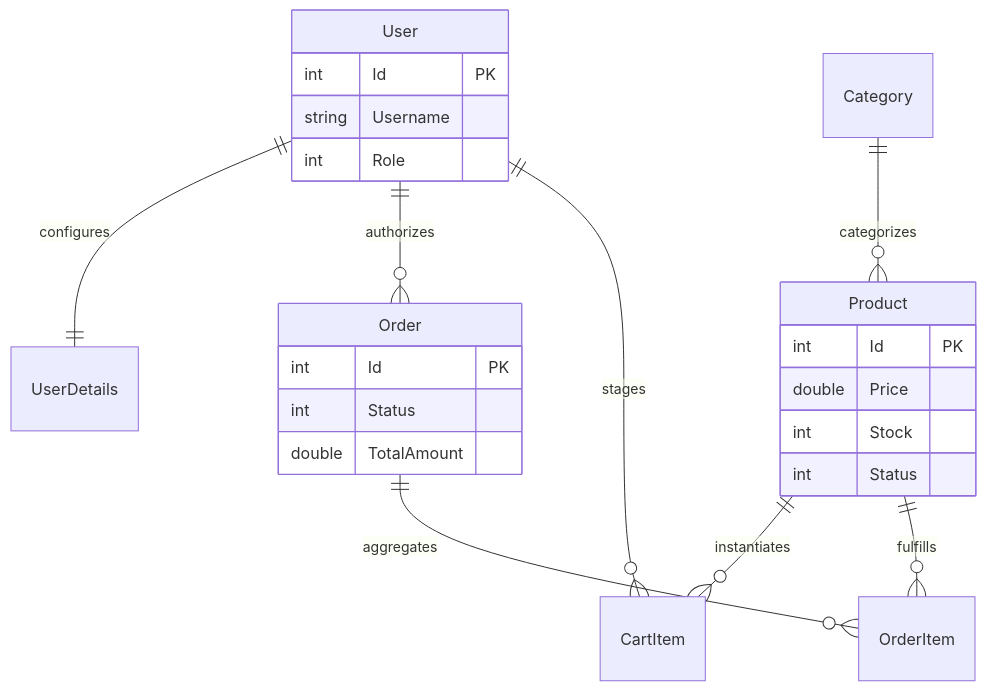
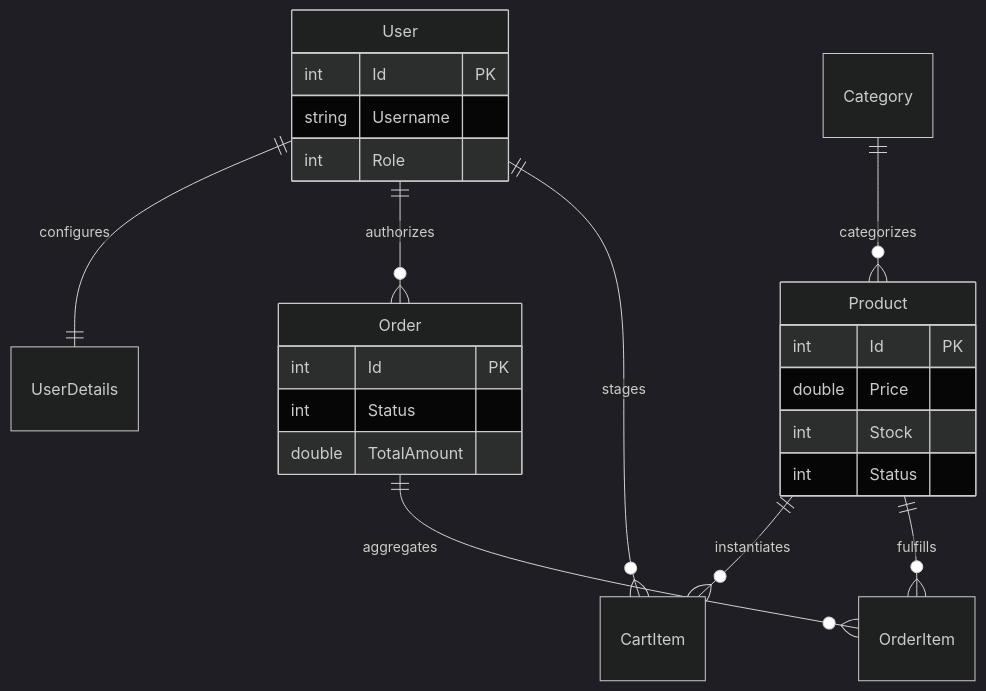
Before and after one commit to Redened/ITStepFinal: the fifth of 5 diagrams in ARCHITECTURE-C4.md, drawn with Mermaid. The commit also changed other lines of this file, not shown here.

````diff
--- a/ARCHITECTURE-C4.md
+++ b/ARCHITECTURE-C4.md
@@ -150,27 +159,28 @@
 ```mermaid
+%%{init: {'theme': 'dark'}}%%
 erDiagram
     User ||--|| UserDetails : configures
     User ||--o{ Order : authorizes
     User ||--o{ CartItem : stages
     Category ||--o{ Product : categorizes
     Product ||--o{ CartItem : instantiates
     Product ||--o{ OrderItem : fulfills
     Order ||--o{ OrderItem : aggregates
 
     User {
         int Id PK
         string Username
         int Role
     }
     Product {
         int Id PK
         double Price
         int Stock
         int Status
     }
     Order {
         int Id PK
         int Status
         double TotalAmount
     }
 ```
````
